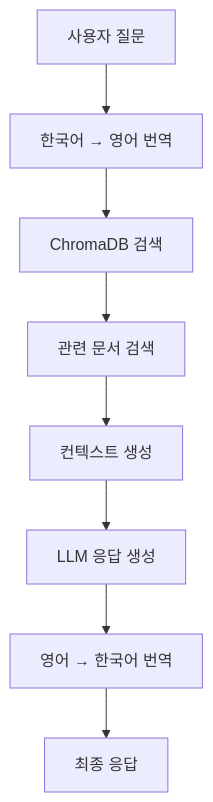
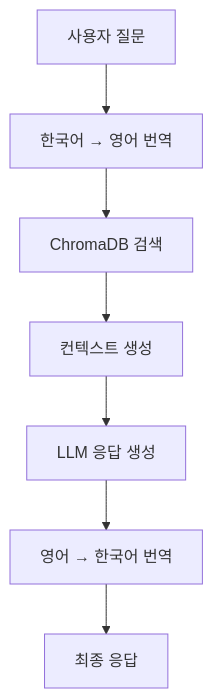
The second of 2 diagrams in backend_django/README.md (Nadaeji/ReadyToGo), drawn with Mermaid before and after one commit. The commit also changed other lines of this file, not shown here.

````diff
--- a/backend_django/README.md
+++ b/backend_django/README.md
@@ -184,10 +230,9 @@
 ```mermaid
 graph TD
     A[사용자 질문] --> B[한국어 → 영어 번역]
-    B --> C[ChromaDB 검색]
-    C --> D[관련 문서 검색]
+    B --> D[ChromaDB 검색]
     D --> E[컨텍스트 생성]
     E --> F[LLM 응답 생성]
     F --> G[영어 → 한국어 번역]
     G --> H[최종 응답]
 ```
````
